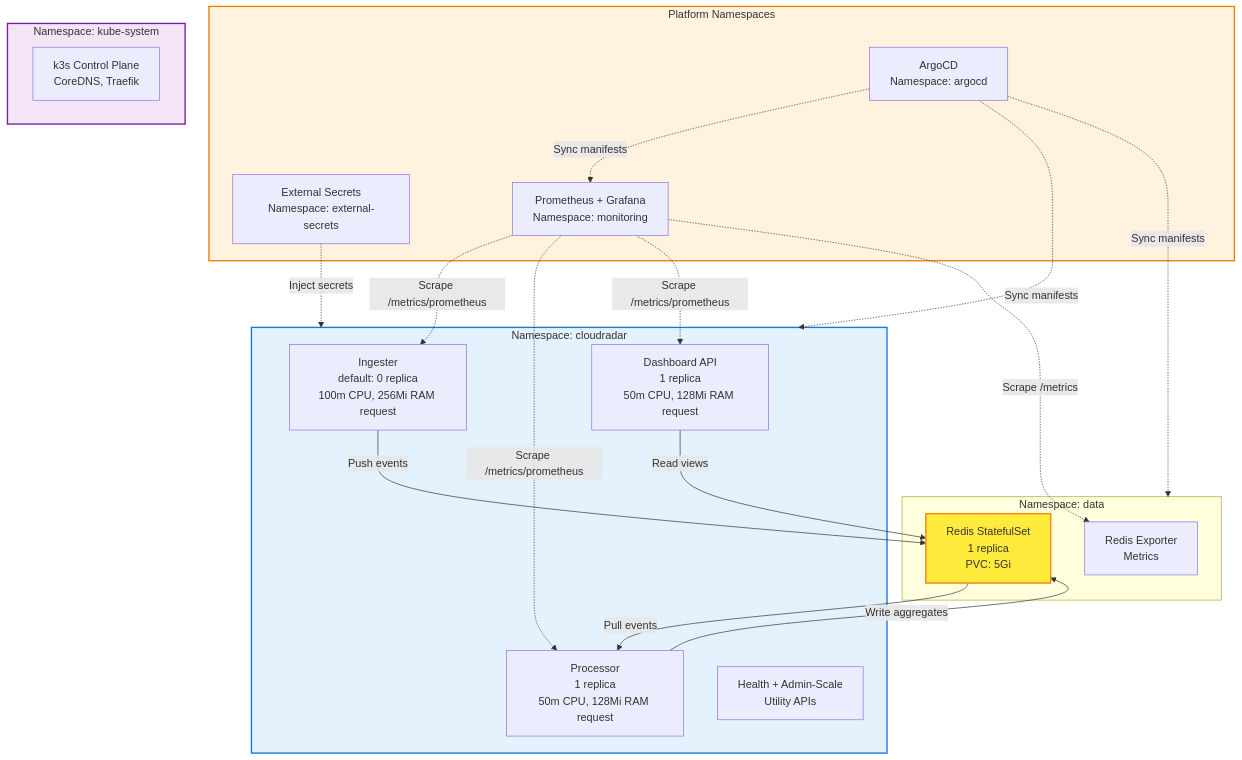
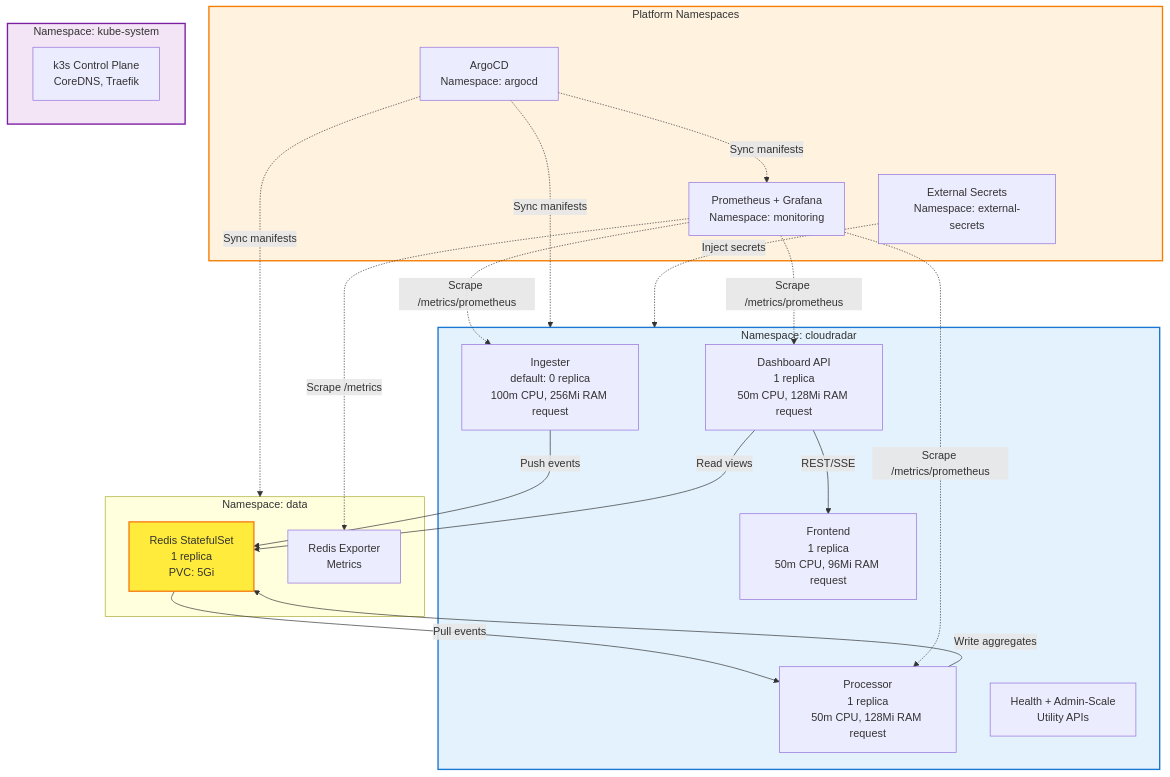
One commit to ClementV78/CloudRadar changed the fourth of 10 diagrams in docs/architecture/technical-architecture-summary.md. Above: the diagram before and after it, drawn with Mermaid. The commit also changed other lines of this file and 2 other files, not shown here.

First line of the commit message:
docs(architecture): align EN/FR summaries and app architecture

````diff
--- a/docs/architecture/technical-architecture-summary.md
+++ b/docs/architecture/technical-architecture-summary.md
@@ -190,43 +188,45 @@
 ```mermaid
 graph TB
     subgraph NS_Apps["Namespace: cloudradar"]
         ING[Ingester<br/>default: 0 replica<br/>100m CPU, 256Mi RAM request]
         PROC[Processor<br/>1 replica<br/>50m CPU, 128Mi RAM request]
         DASH[Dashboard API<br/>1 replica<br/>50m CPU, 128Mi RAM request]
+        FE[Frontend<br/>1 replica<br/>50m CPU, 96Mi RAM request]
         HEALTH[Health + Admin-Scale<br/>Utility APIs]
     end
 
     subgraph NS_Data["Namespace: data"]
         REDIS[Redis StatefulSet<br/>1 replica<br/>PVC: 5Gi]
         REDIS_EXP[Redis Exporter<br/>Metrics]
     end
 
     subgraph NS_Platform["Platform Namespaces"]
         ARGO[ArgoCD<br/>Namespace: argocd]
         ESO[External Secrets<br/>Namespace: external-secrets]
         PROM[Prometheus + Grafana<br/>Namespace: monitoring]
     end
 
     subgraph NS_System["Namespace: kube-system"]
         CORE[k3s Control Plane<br/>CoreDNS, Traefik]
     end
     
     ING -->|Push events| REDIS
     REDIS -->|Pull events| PROC
     PROC -->|Write aggregates| REDIS
     DASH -->|Read views| REDIS
+    DASH -->|REST/SSE| FE
     
     PROM -.->|Scrape /metrics/prometheus| ING
     PROM -.->|Scrape /metrics/prometheus| PROC
     PROM -.->|Scrape /metrics/prometheus| DASH
     PROM -.->|Scrape /metrics| REDIS_EXP
     ARGO -.->|Sync manifests| NS_Apps
     ARGO -.->|Sync manifests| NS_Data
     ARGO -.->|Sync manifests| PROM
     ESO -.->|Inject secrets| NS_Apps
     
     style NS_Apps fill:#e3f2fd,stroke:#1976d2,stroke-width:2px
     style NS_Platform fill:#fff3e0,stroke:#f57c00,stroke-width:2px
     style NS_System fill:#f3e5f5,stroke:#7b1fa2,stroke-width:2px
     style REDIS fill:#ffeb3b,stroke:#f57f17,stroke-width:2px
 ```
````
